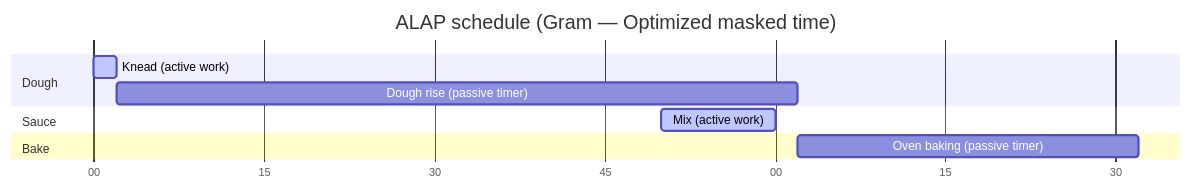
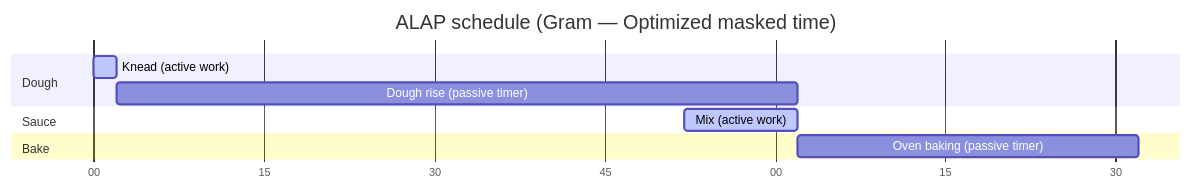
Before and after one commit to gram-lang/gram: the second of 5 diagrams in packages/docs/src/content/docs/docs/explanation/alap-scheduling.mdx, drawn with Mermaid. The commit also changed other lines of this file and 1 other file, not shown here.

Commit message:
docs: fix Mermaid Gantt timings in ALAP scheduling explanation

````diff
--- a/packages/docs/src/content/docs/docs/explanation/alap-scheduling.mdx
+++ b/packages/docs/src/content/docs/docs/explanation/alap-scheduling.mdx
@@ -55,16 +55,16 @@
 ```mermaid
 gantt
     title ALAP schedule (Gram — Optimized masked time)
     dateFormat  m
     axisFormat %M
     
     section Dough
     Knead (active work)                 : active, b1, 0, 2m
     Dough rise (passive timer)          : b2, after b1, 60m
     
     section Sauce
-    Mix (active work)                   : active, b3, 50, 10m
+    Mix (active work)                   : active, b3, 52, 10m
     
     section Bake
     Oven baking (passive timer)         : b4, after b2, 30m
 ```
````
